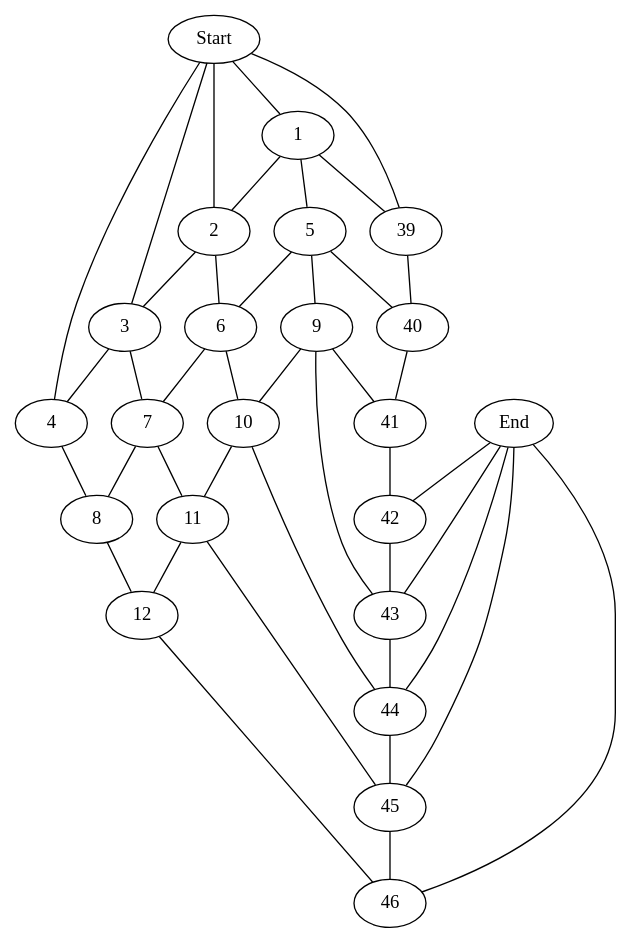
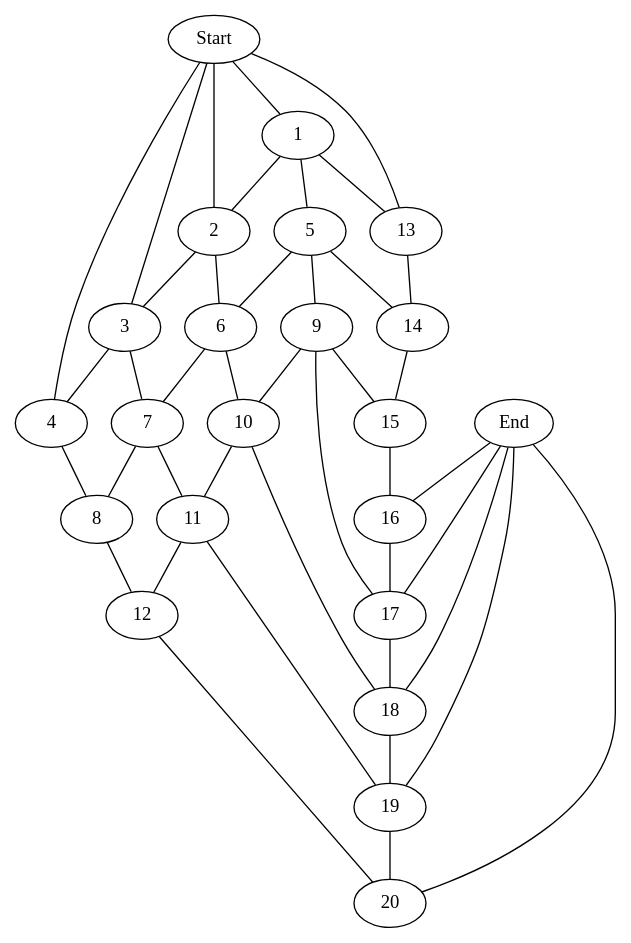
The diagram in dotFiles/Level_4.dot (Narvik09/Shannon-Switching-Game), drawn with Graphviz before and after one commit. The commit also changed 67 other files, not shown here.

```diff
--- a/dotFiles/Level_4.dot
+++ b/dotFiles/Level_4.dot
@@ -1,66 +1,108 @@
 graph prob23 {
     Start [pos = "50, 223";];
     1 [pos = "166, 129";];
     2 [pos = "168, 222";];
     3 [pos = "169, 313";];
     4 [pos = "168, 413";];
     5 [pos = "280, 125";];
     6 [pos = "281, 219";];
     7 [pos = "282, 312";];
     8 [pos = "284, 411";];
     9 [pos = "389, 126";];
     10 [pos = "393, 217";];
     11 [pos = "396, 313";];
     12 [pos = "398, 410";];
     End [pos = "604, 212";];
-    39 [pos = "164, 40";];
-    40 [pos = "279, 36";];
-    41 [pos = "389, 33";];
-    42 [pos = "489, 31";];
-    43 [pos = "492, 123";];
-    44 [pos = "495, 215";];
-    45 [pos = "499, 308";];
-    46 [pos = "501, 408";];
+    13 [pos = "164, 40";];
+    14 [pos = "279, 36";];
+    15 [pos = "389, 33";];
+    16 [pos = "489, 31";];
+    17 [pos = "492, 123";];
+    18 [pos = "495, 215";];
+    19 [pos = "499, 308";];
+    20 [pos = "501, 408";];
     
-    Start -- 1 [key = "14";];
-    Start -- 2 [key = "15";];
-    Start -- 3 [key = "16";];
-    Start -- 4 [key = "17";];
-    1 -- 2 [key = "18";];
-    1 -- 5 [key = "19";];
-    2 -- 3 [key = "20";];
-    2 -- 6 [key = "21";];
-    3 -- 4 [key = "22";];
-    3 -- 7 [key = "23";];
-    4 -- 8 [key = "24";];
-    5 -- 6 [key = "25";];
-    5 -- 9 [key = "26";];
-    6 -- 7 [key = "27";];
-    6 -- 10 [key = "28";];
-    7 -- 8 [key = "29";];
-    7 -- 11 [key = "30";];
-    8 -- 12 [key = "31";];
-    9 -- 10 [key = "32";];
-    10 -- 11 [key = "34";];
-    11 -- 12 [key = "36";];
-    12 -- 46 [key = "47";];
-    11 -- 45 [key = "48";];
-    44 -- 45 [key = "49";];
-    10 -- 44 [key = "50";];
-    1 -- 39 [key = "51";];
-    39 -- 40 [key = "52";];
-    40 -- 41 [key = "53";];
-    41 -- 42 [key = "54";];
-    42 -- 43 [key = "55";];
-    43 -- 44 [key = "56";];
-    Start -- 39 [key = "57";];
-    5 -- 40 [key = "58";];
-    9 -- 41 [key = "59";];
-    9 -- 43 [key = "60";];
-    45 -- 46 [key = "61";];
-    End -- 46 [key = "62";];
-    End -- 42 [key = "63";];
-    End -- 43 [key = "64";];
-    End -- 44 [key = "65";];
-    End -- 45 [key = "66";];
+    Start -- 1 [key = "21";];
+    Start -- 2 [key = "22";];
+    Start -- 3 [key = "23";];
+    Start -- 4 [key = "24";];
+    1 -- 2 [key = "25";];
+    1 -- 5 [key = "26";];
+    2 -- 3 [key = "27";];
+    2 -- 6 [key = "28";];
+    3 -- 4 [key = "29";];
+    3 -- 7 [key = "30";];
+    4 -- 8 [key = "31";];
+    5 -- 6 [key = "32";];
+    5 -- 9 [key = "33";];
+    6 -- 7 [key = "34";];
+    6 -- 10 [key = "35";];
+    7 -- 8 [key = "36";];
+    7 -- 11 [key = "37";];
+    8 -- 12 [key = "38";];
+    9 -- 10 [key = "39";];
+    10 -- 11 [key = "40";];
+    11 -- 12 [key = "41";];
+    12 -- 20 [key = "42";];
+    11 -- 19 [key = "43";];
+    18 -- 19 [key = "44";];
+    10 -- 18 [key = "45";];
+    1 -- 13 [key = "46";];
+    13 -- 14 [key = "47";];
+    14 -- 15 [key = "48";];
+    15 -- 16 [key = "49";];
+    16 -- 17 [key = "50";];
+    17 -- 18 [key = "51";];
+    Start -- 13 [key = "52";];
+    5 -- 14 [key = "53";];
+    9 -- 15 [key = "54";];
+    9 -- 17 [key = "55";];
+    19 -- 20 [key = "56";];
+    End -- 20 [key = "57";];
+    End -- 16 [key = "58";];
+    End -- 17 [key = "59";];
+    End -- 18 [key = "60";];
+    End -- 19 [key = "61";];
+    
+    // v1D -- v2D [key = "21";];
+    // v2D -- v3D [key = "22";];
+    // v3D -- v4D [key = "23";];
+    // v4D -- EndD [key = "24";];
+    // v2D -- v7D [key = "25";];
+    // v8D -- v7D [key = "26";];
+    // v6D -- v3D [key = "27";];
+    // v7D -- v6D [key = "28";];
+    // v5D -- v4D [key = "29";];
+    // v5D -- v6D [key = "30";];
+    // v5D -- EndD [key = "31";];
+    // v7D -- v10D [key = "32";];
+    // v10D -- v9D [key = "33";];
+    // v6D -- v11D [key = "34";];
+    // v11D -- v10D [key = "35";];
+    // v5D -- v12D [key = "36";];
+    // v12D -- v11D [key = "37";];
+    // EndD -- v12D [key = "38";];
+    // v15D -- v10D [key = "39";];
+    // v14D -- v11D [key = "40";];
+    // v13D -- v12D [key = "41";];
+    // v13D -- EndD [key = "42";];
+    // v13D -- v14D [key = "43";];
+    // v14D -- v19D [key = "44";];
+    // v14D -- v15D [key = "45";];
+    // v1D -- v8D [key = "46";];
+    // StartD -- v8D [key = "47";];
+    // StartD -- v9D [key = "48";];
+    // StartD -- v16D [key = "49";];
+    // v16D -- v17D [key = "50";];
+    // v15D -- v18D [key = "51";];
+    // v1D -- EndD [key = "52";];
+    // v8D -- v9D [key = "53";];
+    // v9D -- v16D [key = "54";];
+    // v15D -- v16D [key = "55";];
+    // v13D -- v20D [key = "56";];
+    // EndD -- v20D [key = "57";];
+    // StartD -- v17D [key = "58";];
+    // v18D -- v17D [key = "59";];
+    // v19D -- v18D [key = "60";];
+    // v20D -- v19D [key = "61";];
 }
```
